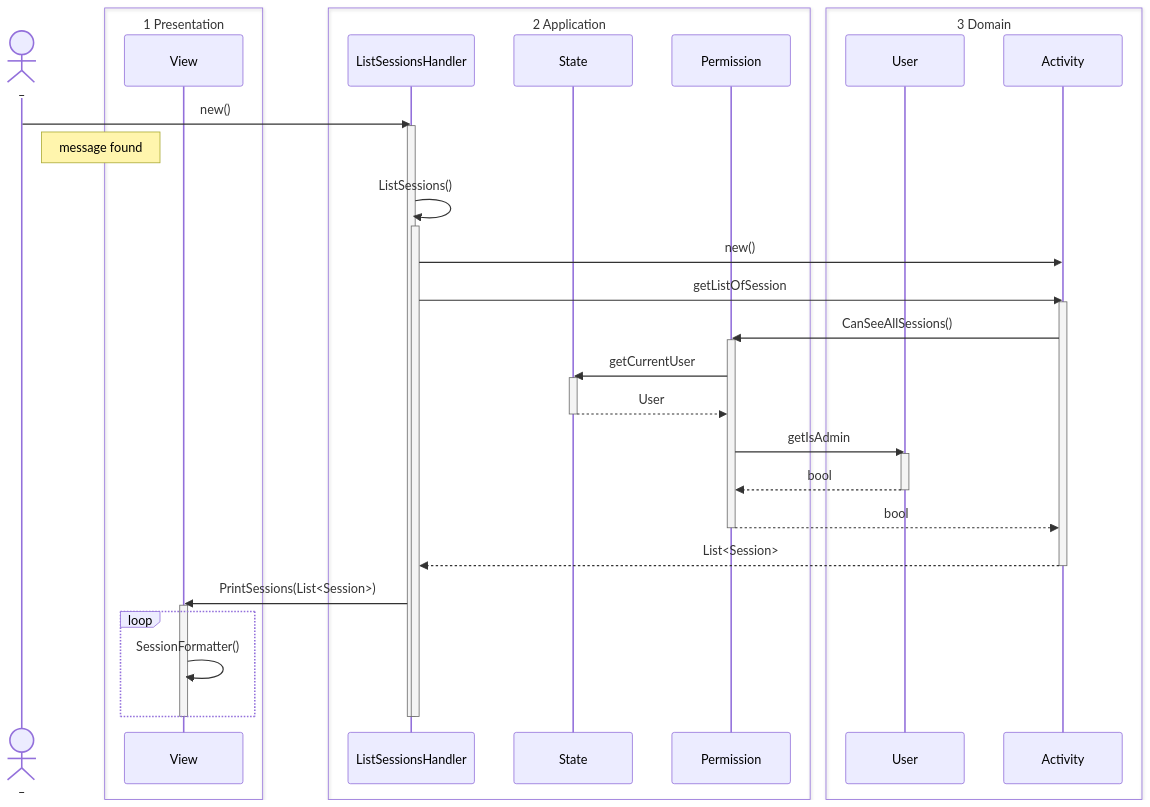
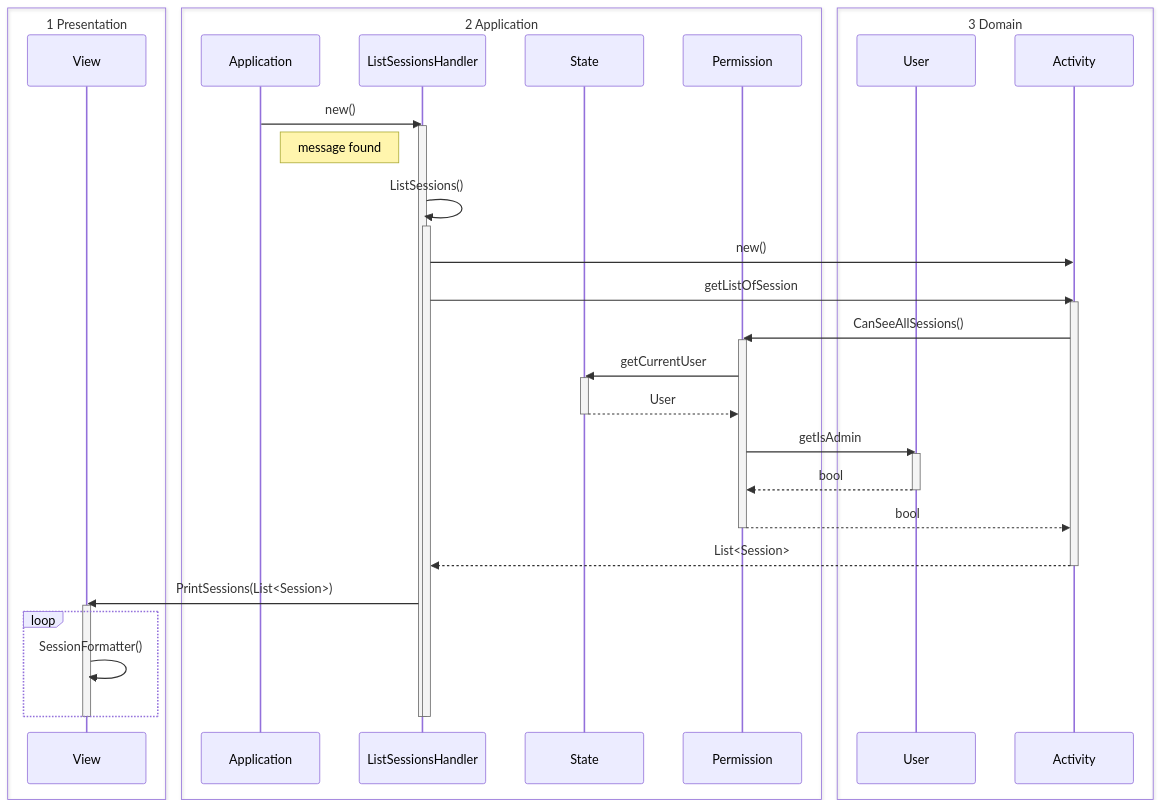
The seventh of 8 diagrams in 02 notes/Sekvensdiagram.md (MatiasHeiberg/1.semesterprojekt), drawn with Mermaid before and after one commit. The commit also changed other lines of this file and 1 other file, not shown here.

Commit message:
Sekvensdiagrammer

````diff
--- a/02 notes/Sekvensdiagram.md
+++ b/02 notes/Sekvensdiagram.md
@@ -383,65 +383,65 @@
 ```mermaid
 sequenceDiagram
 
-actor _
 box 1 Presentation
 participant View
 end
 box 2 Application
+participant Application
 participant ListSessionsHandler 
 participant State
 participant Permission
 end
 box 3 Domain
 participant User 
 participant Activity
 end
 
 
 %% Message found
-_->>ListSessionsHandler: new()
+Application->>ListSessionsHandler: new()
 activate ListSessionsHandler
-Note right of _: message found
+Note right of Application: message found
 	
 	ListSessionsHandler->>ListSessionsHandler: ListSessions()
 	activate ListSessionsHandler
 		
 		%% getListOfSessions
 		ListSessionsHandler->>Activity: new()
 		ListSessionsHandler->>Activity: getListOfSession
 		activate Activity
 			
 			%% FilterByPermission
 			Activity->>Permission: CanSeeAllSessions()
 			activate Permission
 			Permission->>State: getCurrentUser
 			activate State
 				
 				State-->>Permission: User
 				
 			deactivate State
 			Permission->>User: getIsAdmin
 			activate User
 				
 				User-->>Permission: bool
 				
 			deactivate User
 			Permission-->>Activity: bool
 			deactivate Permission
 			Activity-->>ListSessionsHandler: List<Session>
 			
 		deactivate Activity
 		
 		%% Print
 		ListSessionsHandler->>View: PrintSessions(List<Session>)
 		activate View
 			
 			loop
 			View->>View: SessionFormatter()
 			end
 		deactivate View
 
 	deactivate ListSessionsHandler
 	
 deactivate ListSessionsHandler
 ```
````
